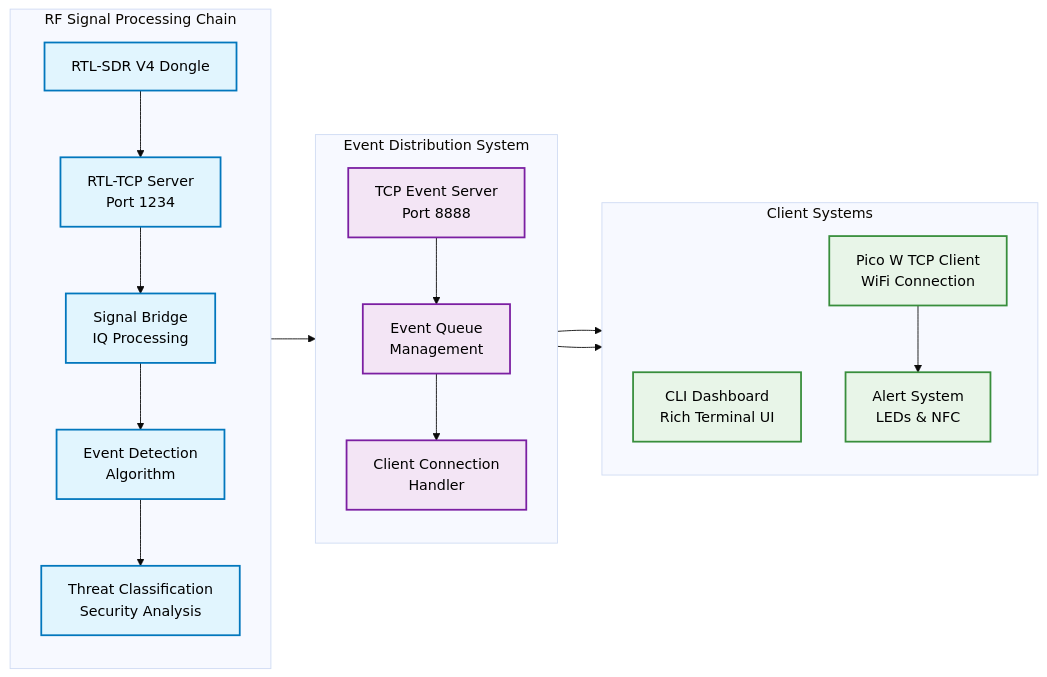
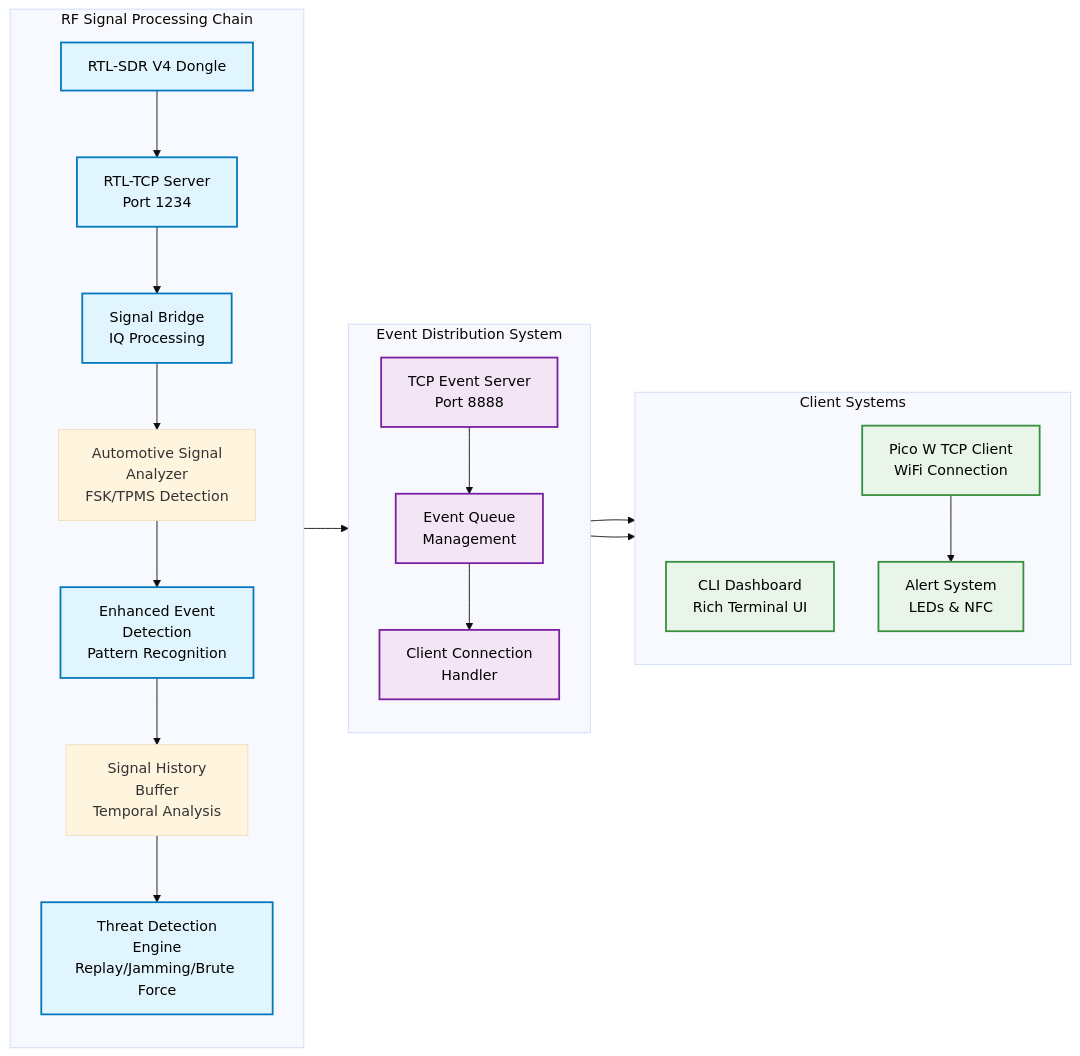
The second of 5 diagrams in backend/docs/diagrams/architecture.md (jondmarien/automotive-security-capstone), drawn with Mermaid (base theme) before and after one commit. The commit also changed other lines of this file and 9 other files, not shown here.

First line of the commit message:
chore(docs): updated docs to match new enhanced signal detection

````diff
--- a/backend/docs/diagrams/architecture.md
+++ b/backend/docs/diagrams/architecture.md
@@ -50,46 +55,48 @@
 ```mermaid
 graph LR
     %% RF Capture & Processing Chain
     subgraph RF_CHAIN ["RF Signal Processing Chain"]
         direction TB
         A[RTL-SDR V4 Dongle] --> B[RTL-TCP Server<br/>Port 1234]
         B --> C[Signal Bridge<br/>IQ Processing]
-        C --> D[Event Detection<br/>Algorithm]
-        D --> E[Threat Classification<br/>Security Analysis]
+        C --> C1[Automotive Signal<br/>Analyzer<br/>FSK/TPMS Detection]
+        C1 --> D[Enhanced Event<br/>Detection<br/>Pattern Recognition]
+        D --> D1[Signal History<br/>Buffer<br/>Temporal Analysis]
+        D1 --> E[Threat Detection<br/>Engine<br/>Replay/Jamming/Brute Force]
     end
     
     %% Event Distribution
     subgraph EVENT_DIST ["Event Distribution System"]
         direction TB
         F[TCP Event Server<br/>Port 8888]
         G[Event Queue<br/>Management]
         H[Client Connection<br/>Handler]
         
         F --> G
         G --> H
     end
     
     %% Client Systems
     subgraph CLIENTS ["Client Systems"]
         direction TB
         I[CLI Dashboard<br/>Rich Terminal UI]
         J[Pico W TCP Client<br/>WiFi Connection]
         K[Alert System<br/>LEDs & NFC]
         
         J --> K
     end
     
     %% Connections
     E --> F
     H --> I
     H --> J
     
     %% Styling
     classDef rfChain fill:#e1f5fe,stroke:#0277bd,stroke-width:2px,color:#000
     classDef eventDist fill:#f3e5f5,stroke:#7b1fa2,stroke-width:2px,color:#000
     classDef clients fill:#e8f5e8,stroke:#388e3c,stroke-width:2px,color:#000
     
     class A,B,C,D,E rfChain
     class F,G,H eventDist
     class I,J,K clients
 ```
````
